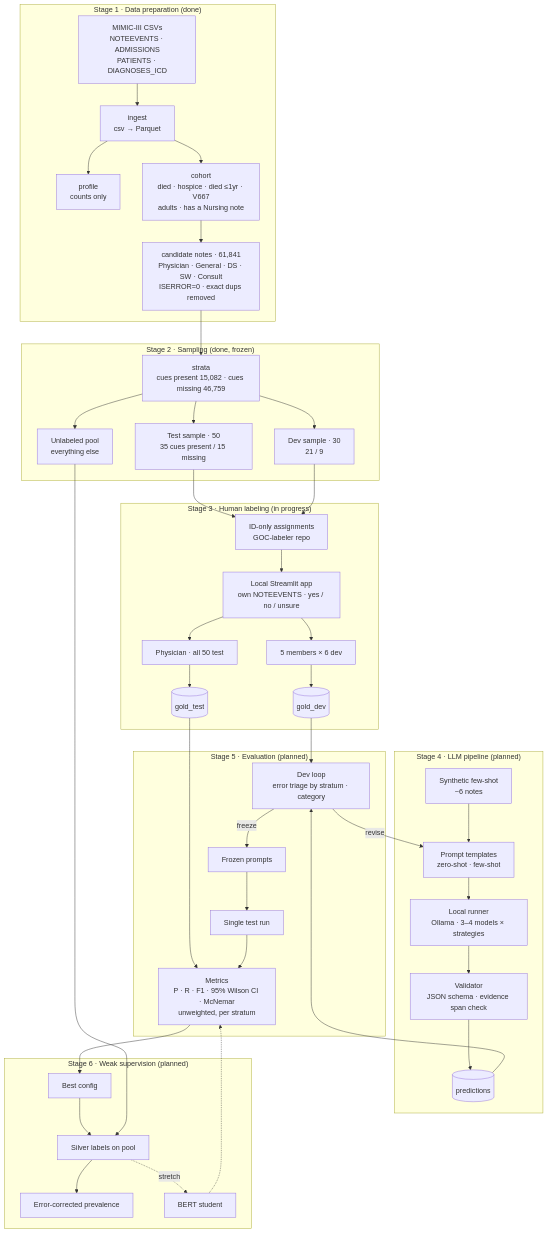
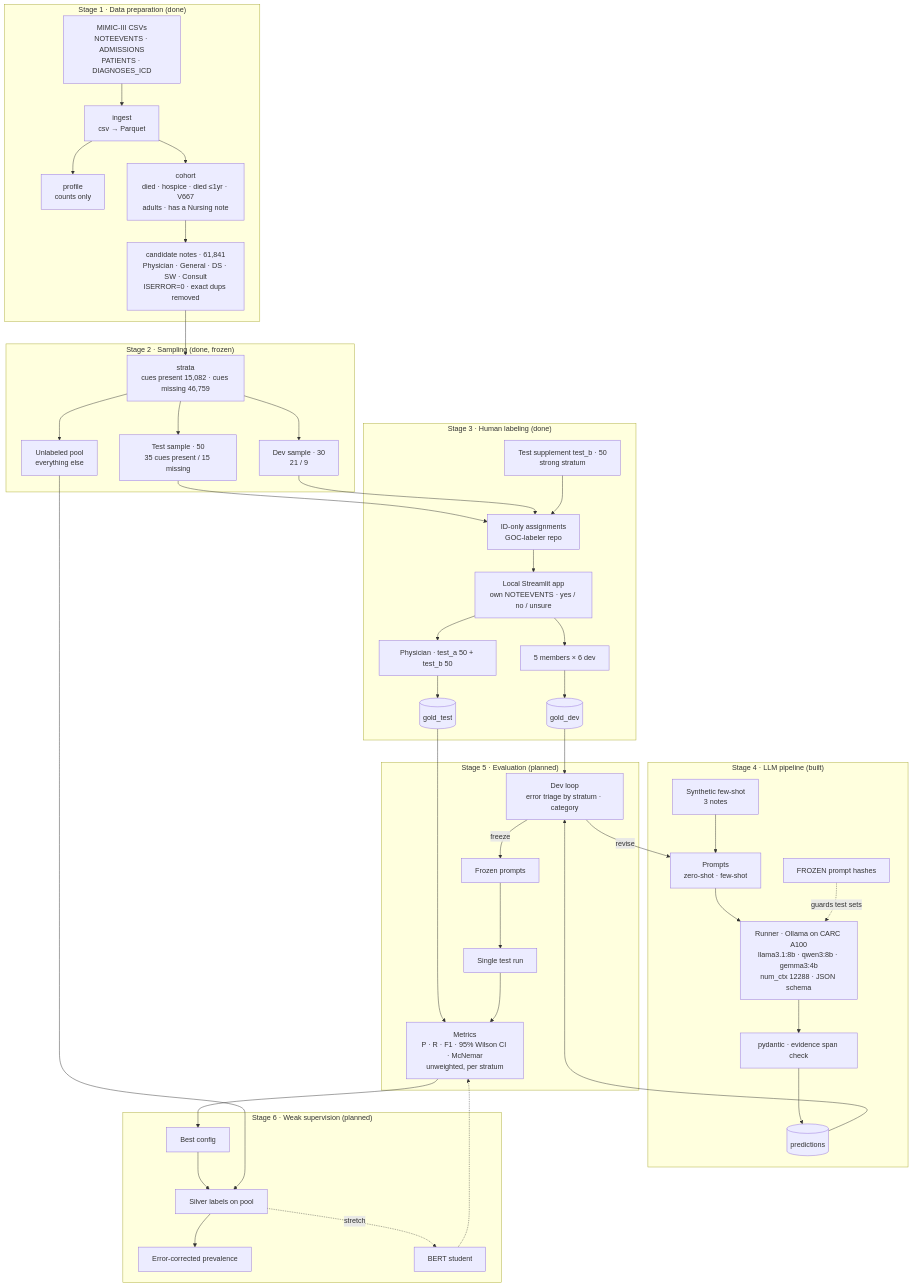
One commit to dennisdang5/GOC-pilot changed the diagram in ARCHITECTURE.md. Above: the diagram before and after it, drawn with Mermaid. The commit also changed other lines of this file and 19 other files, not shown here.

First line of the commit message:
LLM pipeline (Stage 4) and CARC Discovery job scripts

````diff
--- a/ARCHITECTURE.md
+++ b/ARCHITECTURE.md
@@ -8,50 +8,52 @@
 ```mermaid
 flowchart TD
     subgraph DATA["Stage 1 · Data preparation (done)"]
         RAW[MIMIC-III CSVs<br/>NOTEEVENTS · ADMISSIONS<br/>PATIENTS · DIAGNOSES_ICD] --> ING[ingest<br/>csv → Parquet]
         ING --> PROF[profile<br/>counts only]
         ING --> COH[cohort<br/>died · hospice · died ≤1yr · V667<br/>adults · has a Nursing note]
         COH --> CAND[candidate notes · 61,841<br/>Physician · General · DS · SW · Consult<br/>ISERROR=0 · exact dups removed]
     end
 
     subgraph SAMPLE["Stage 2 · Sampling (done, frozen)"]
         CAND --> STRAT[strata<br/>cues present 15,082 · cues missing 46,759]
         STRAT --> TEST[Test sample · 50<br/>35 cues present / 15 missing]
         STRAT --> DEV[Dev sample · 30<br/>21 / 9]
         STRAT --> POOL[Unlabeled pool<br/>everything else]
     end
 
-    subgraph GOLD["Stage 3 · Human labeling (in progress)"]
+    subgraph GOLD["Stage 3 · Human labeling (done)"]
         TEST --> ASSIGN[ID-only assignments<br/>GOC-labeler repo]
         DEV --> ASSIGN
+        TESTB[Test supplement test_b · 50<br/>strong stratum] --> ASSIGN
         ASSIGN --> APP[Local Streamlit app<br/>own NOTEEVENTS · yes / no / unsure]
-        APP --> PHYS[Physician · all 50 test] --> GT[(gold_test)]
+        APP --> PHYS[Physician · test_a 50 + test_b 50] --> GT[(gold_test)]
         APP --> MEM[5 members × 6 dev] --> GD[(gold_dev)]
     end
 
-    subgraph LLM["Stage 4 · LLM pipeline (planned)"]
-        SYN[Synthetic few-shot<br/>~6 notes] --> PROMPT[Prompt templates<br/>zero-shot · few-shot]
-        PROMPT --> RUN[Local runner<br/>Ollama · 3–4 models × strategies]
-        RUN --> VAL[Validator<br/>JSON schema · evidence span check]
+    subgraph LLM["Stage 4 · LLM pipeline (built)"]
+        SYN[Synthetic few-shot<br/>3 notes] --> PROMPT[Prompts<br/>zero-shot · few-shot]
+        PROMPT --> RUN[Runner · Ollama on CARC A100<br/>llama3.1:8b · qwen3:8b · gemma3:4b<br/>num_ctx 12288 · JSON schema]
+        RUN --> VAL[pydantic · evidence span check]
         VAL --> PRED[(predictions)]
+        FREEZE[FROZEN prompt hashes] -.guards test sets.-> RUN
     end
 
     subgraph EVAL["Stage 5 · Evaluation (planned)"]
         GD --> TUNE[Dev loop<br/>error triage by stratum · category]
         PRED --> TUNE
         TUNE -->|revise| PROMPT
         TUNE -->|freeze| FROZEN[Frozen prompts]
         FROZEN --> ONCE[Single test run]
         GT --> METRICS[Metrics<br/>P · R · F1 · 95% Wilson CI · McNemar<br/>unweighted, per stratum]
         ONCE --> METRICS
     end
 
     subgraph WEAK["Stage 6 · Weak supervision (planned)"]
         METRICS --> BEST[Best config]
         BEST --> SILVER[Silver labels on pool]
         POOL --> SILVER
         SILVER --> EST[Error-corrected prevalence]
         SILVER -.stretch.-> BERT[BERT student]
         BERT -.-> METRICS
     end
 ```
````
